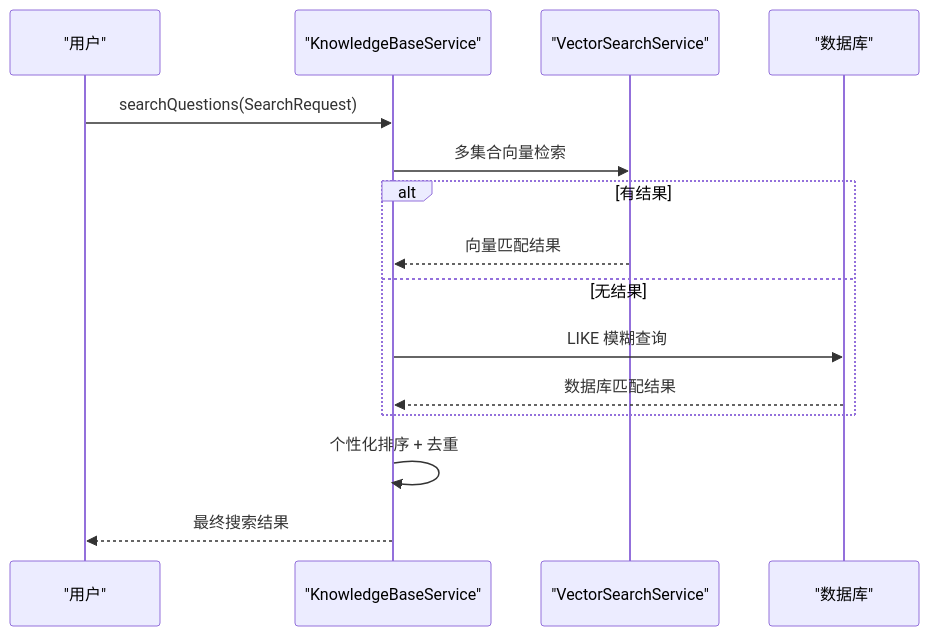
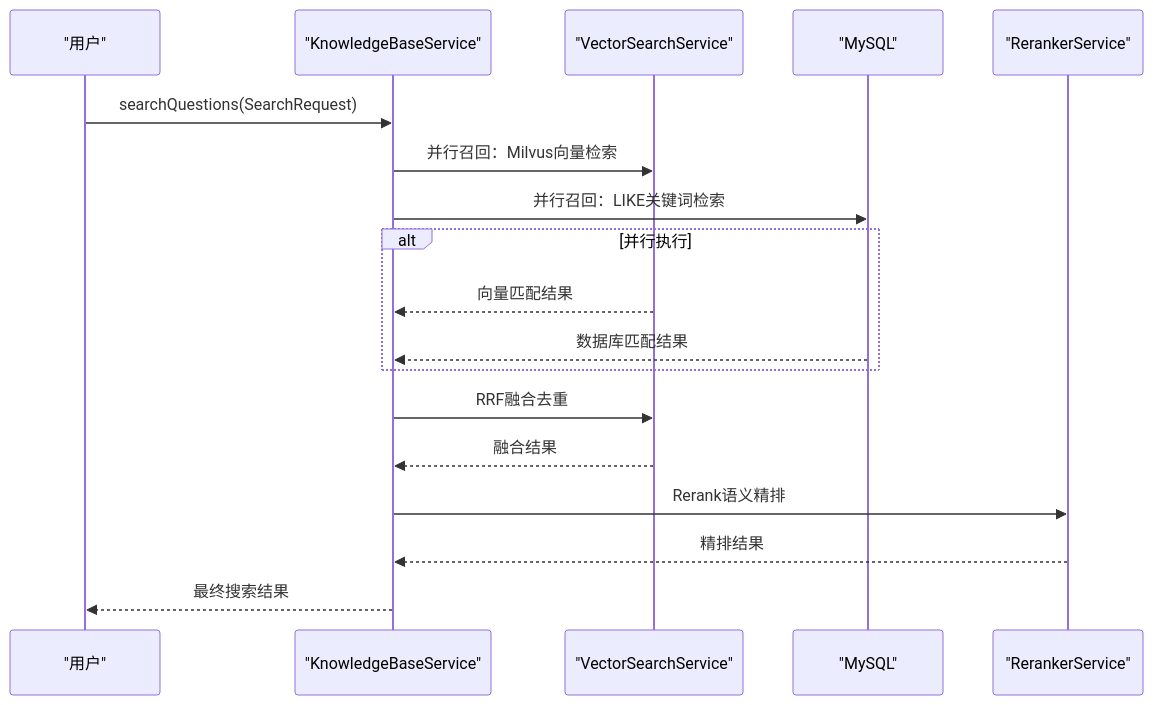
Before and after one commit to Miss-zhi/OfferPilot: the seventh of 8 diagrams in .qoder/repowiki/zh/content/RAG 面试题处理全链路.md, drawn with Mermaid. The commit also changed other lines of this file and 25 other files, not shown here.

````diff
--- a/.qoder/repowiki/zh/content/RAG 面试题处理全链路.md
+++ b/.qoder/repowiki/zh/content/RAG 面试题处理全链路.md
@@ -335,17 +356,20 @@
 ```mermaid
 sequenceDiagram
 participant User as "用户"
 participant KB as "KnowledgeBaseService"
 participant VS as "VectorSearchService"
-participant DB as "数据库"
+participant DB as "MySQL"
+participant RR as "RerankerService"
 User->>KB : searchQuestions(SearchRequest)
-KB->>VS : 多集合向量检索
-alt 有结果
+KB->>VS : 并行召回：Milvus向量检索
+KB->>DB : 并行召回：LIKE关键词检索
+alt 并行执行
 VS-->>KB : 向量匹配结果
-else 无结果
-KB->>DB : LIKE 模糊查询
 DB-->>KB : 数据库匹配结果
 end
-KB->>KB : 个性化排序 + 去重
+KB->>VS : RRF融合去重
+VS-->>KB : 融合结果
+KB->>RR : Rerank语义精排
+RR-->>KB : 精排结果
 KB-->>User : 最终搜索结果
 ```
````
